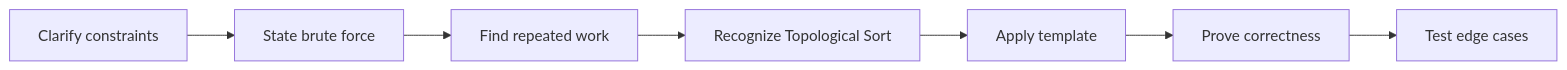
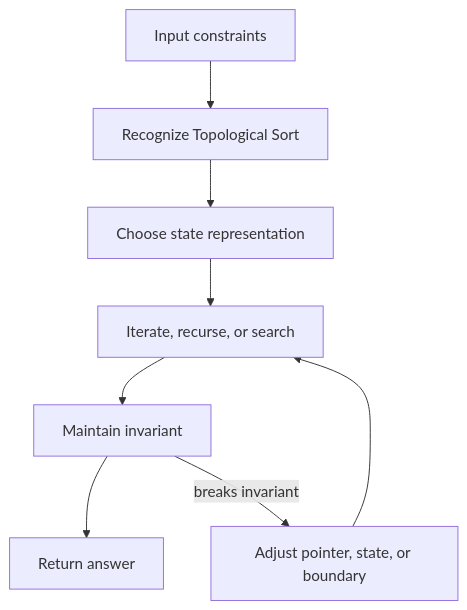
Before and after one commit to abstractinterviews/abstractinterviews.github.io: the second of 2 diagrams in coding-round/patterns/topological-sort/index.md, drawn with Mermaid. The commit also changed other lines of this file and 278 other files, not shown here.

````diff
--- a/coding-round/patterns/topological-sort/index.md
+++ b/coding-round/patterns/topological-sort/index.md
@@ -123,9 +121,10 @@
-~~~mermaid
-flowchart LR
-    A["Clarify constraints"] --> B["State brute force"]
-    B --> C["Find repeated work"]
-    C --> D["Recognize Topological Sort"]
-    D --> E["Apply template"]
-    E --> F["Prove correctness"]
-    F --> G["Test edge cases"]
-~~~
+```mermaid
+flowchart TD
+    Input["Input constraints"] --> Pattern["Recognize Topological Sort"]
+    Pattern --> State["Choose state representation"]
+    State --> Iterate["Iterate, recurse, or search"]
+    Iterate --> Check["Maintain invariant"]
+    Check --> Result["Return answer"]
+    Check -->|breaks invariant| Fix["Adjust pointer, state, or boundary"]
+    Fix --> Iterate
+```
````
